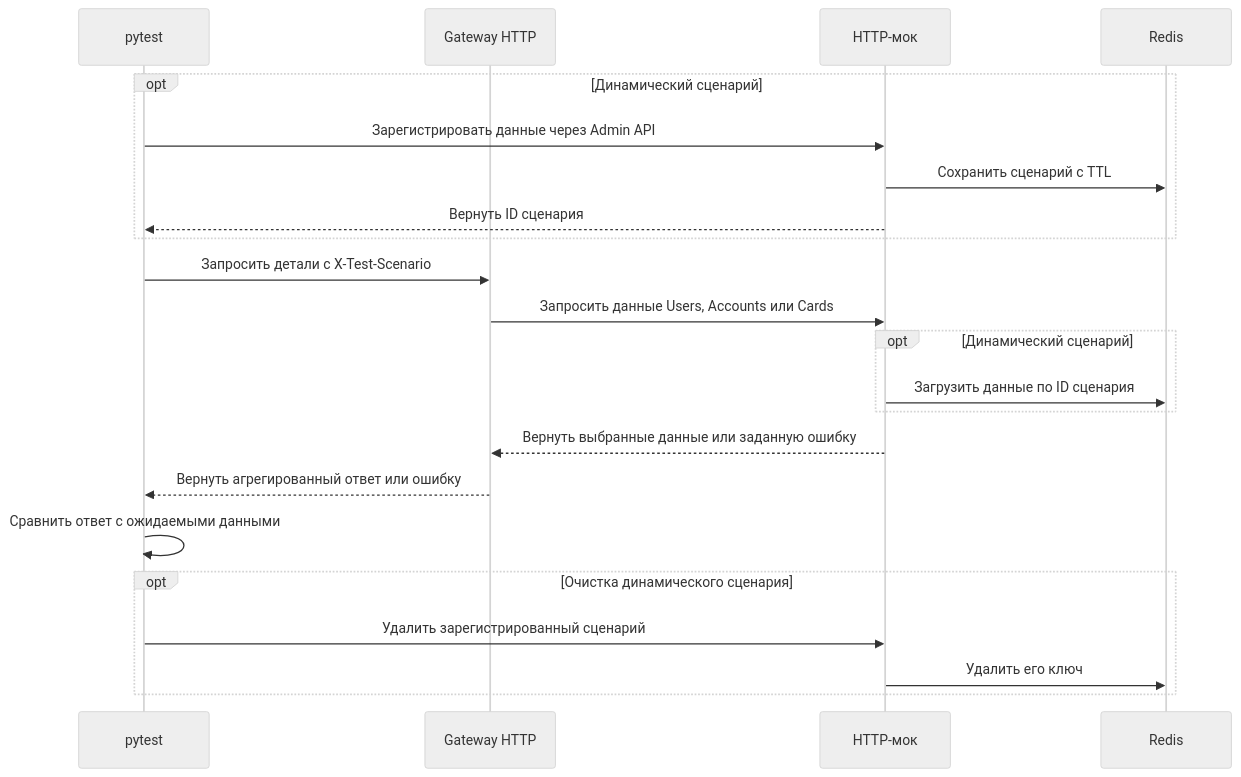
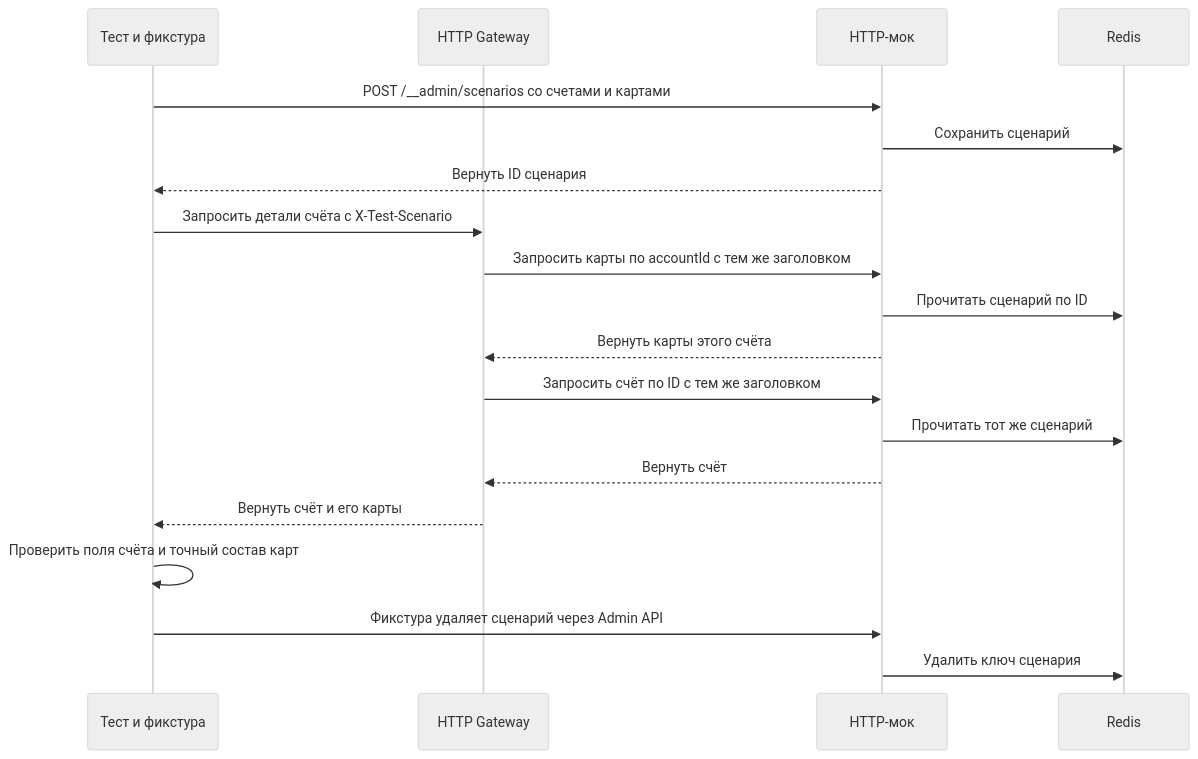
The second of 3 diagrams in README.ru.md (Barbaron86/isolation-api-tests), drawn with Mermaid (neutral theme) before and after one commit. The commit also changed other lines of this file and 1 other file, not shown here.

Commit message:
docs: уточнить схемы Gateway и Operations и сократить README

````diff
--- a/README.ru.md
+++ b/README.ru.md
@@ -148,24 +173,24 @@
 ```mermaid
 sequenceDiagram
-    participant T as pytest
-    participant G as Gateway HTTP
+    participant T as Тест и фикстура
+    participant G as HTTP Gateway
     participant M as HTTP-мок
     participant R as Redis
-    opt Динамический сценарий
-        T->>M: Зарегистрировать данные через Admin API
-        M->>R: Сохранить сценарий с TTL
-        M-->>T: Вернуть ID сценария
-    end
-    T->>G: Запросить детали с X-Test-Scenario
-    G->>M: Запросить данные Users, Accounts или Cards
-    opt Динамический сценарий
-        M->>R: Загрузить данные по ID сценария
-    end
-    M-->>G: Вернуть выбранные данные или заданную ошибку
-    G-->>T: Вернуть агрегированный ответ или ошибку
-    T->>T: Сравнить ответ с ожидаемыми данными
-    opt Очистка динамического сценария
-        T->>M: Удалить зарегистрированный сценарий
-        M->>R: Удалить его ключ
-    end
+
+    T->>M: POST /__admin/scenarios со счетами и картами
+    M->>R: Сохранить сценарий
+    M-->>T: Вернуть ID сценария
+
+    T->>G: Запросить детали счёта с X-Test-Scenario
+    G->>M: Запросить карты по accountId с тем же заголовком
+    M->>R: Прочитать сценарий по ID
+    M-->>G: Вернуть карты этого счёта
+    G->>M: Запросить счёт по ID с тем же заголовком
+    M->>R: Прочитать тот же сценарий
+    M-->>G: Вернуть счёт
+    G-->>T: Вернуть счёт и его карты
+
+    T->>T: Проверить поля счёта и точный состав карт
+    T->>M: Фикстура удаляет сценарий через Admin API
+    M->>R: Удалить ключ сценария
 ```
````
